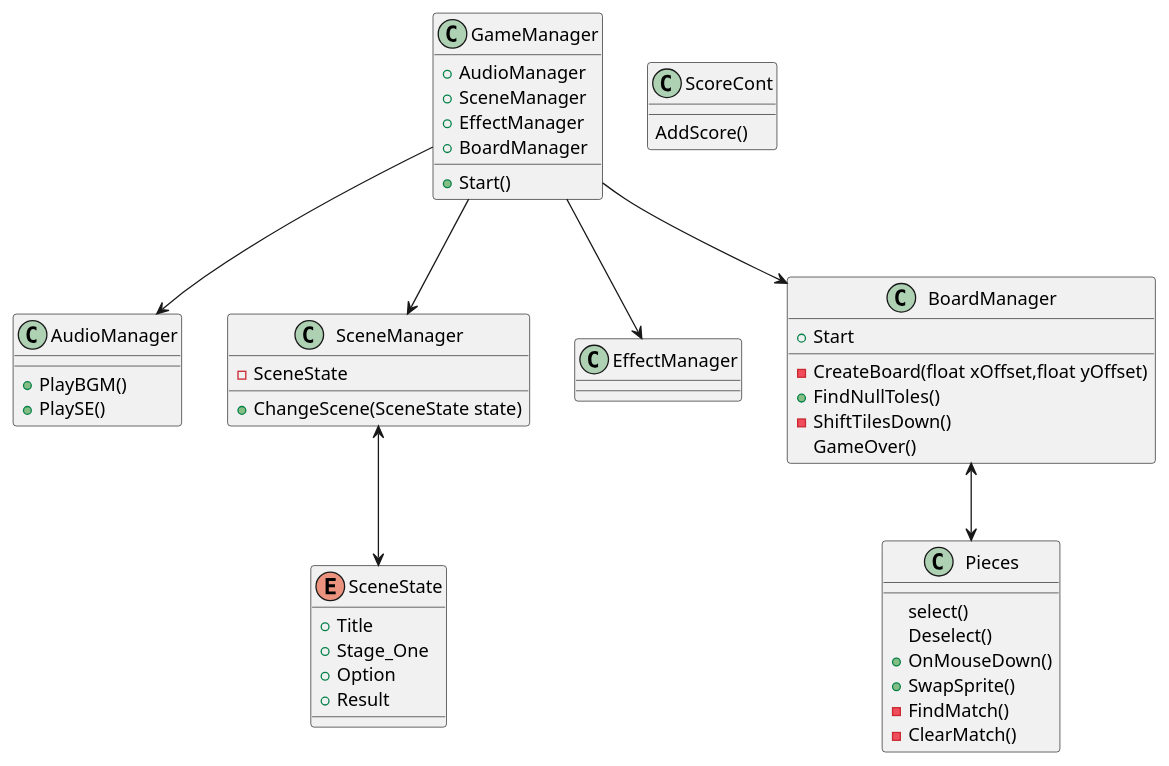
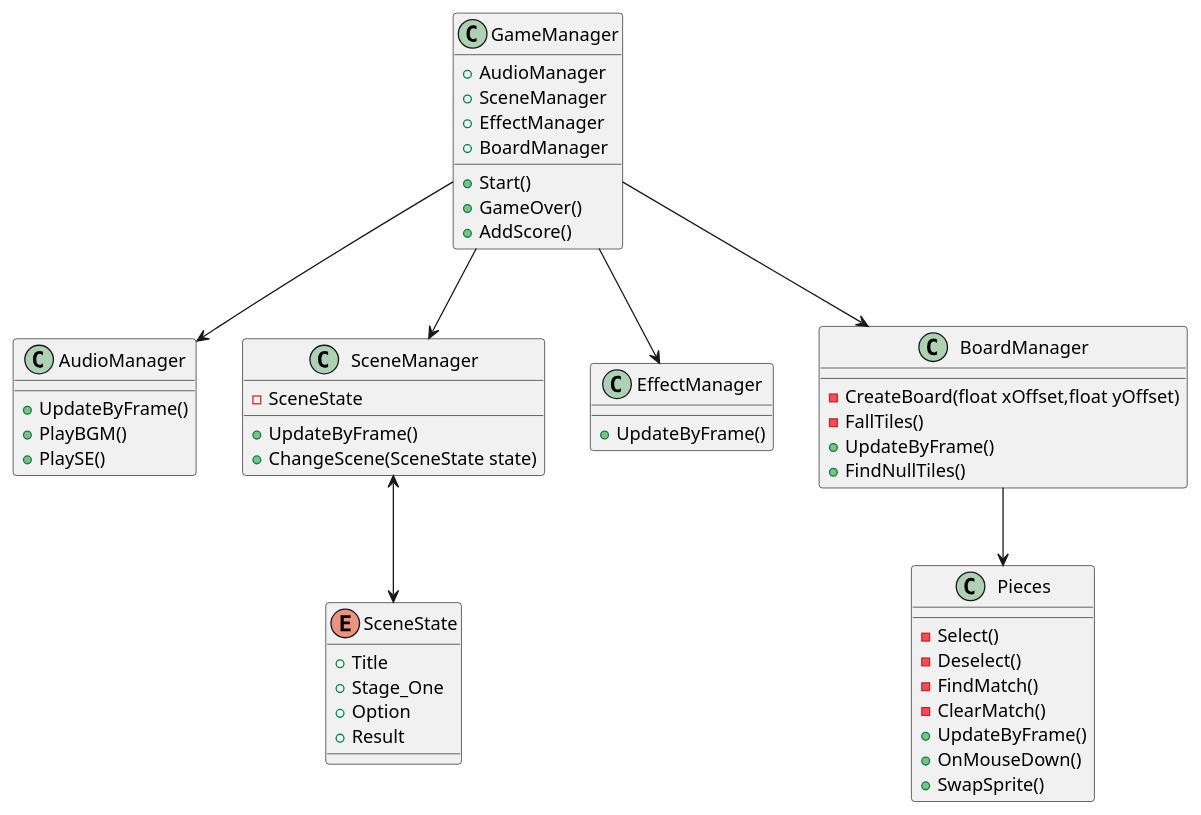
The diagram in ClassDesign.plantuml (FearFrog/2DPuzzle), drawn with PlantUML before and after one commit.

Commit message:
ClassDesign_Update
クラス図の更新

```diff
--- a/ClassDesign.plantuml
+++ b/ClassDesign.plantuml
@@ -1,65 +1,64 @@
 @startuml
 
 enum SceneState{
     +Title
     +Stage_One
     +Option
     +Result
 }
 
 class GameManager{
     +AudioManager
     +SceneManager
     +EffectManager
     +BoardManager
 
     +Start()
+    +GameOver()
+    +AddScore()
 }
 
 class AudioManager{
+    +UpdateByFrame()
     +PlayBGM()
     +PlaySE()
 }
 
 class SceneManager{
     -SceneState
-
+    +UpdateByFrame()
     +ChangeScene(SceneState state)
 }
 
 class EffectManager{
-
+    +UpdateByFrame()
 }
 
 class BoardManager{
-    +Start
     -CreateBoard(float xOffset,float yOffset)
-    +FindNullToles()
-    -ShiftTilesDown()
-    GameOver()
-
+    -FallTiles() 
+    +UpdateByFrame()
+    +FindNullTiles()
 }
 
 class Pieces{
-    select()
-    Deselect()
+    -Select()
+    -Deselect()
+    -FindMatch()
+    -ClearMatch()
+    +UpdateByFrame()
     +OnMouseDown()
     +SwapSprite()
-    -FindMatch()
-    -ClearMatch()
 }
 
-class ScoreCont{
-    AddScore()
-}
 
 GameManager --> AudioManager
 GameManager --> SceneManager
 GameManager --> EffectManager
 GameManager --> BoardManager
 
-BoardManager<-->Pieces
+BoardManager-->Pieces
 
 SceneManager <--> SceneState
 
 @enduml
```
